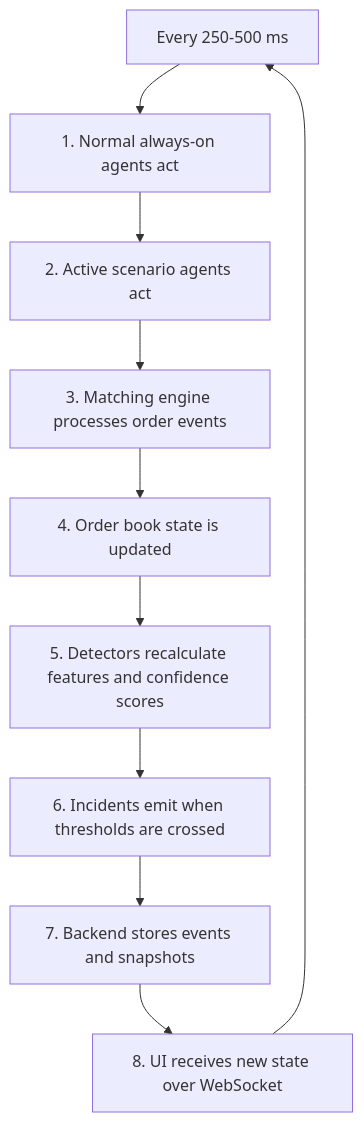
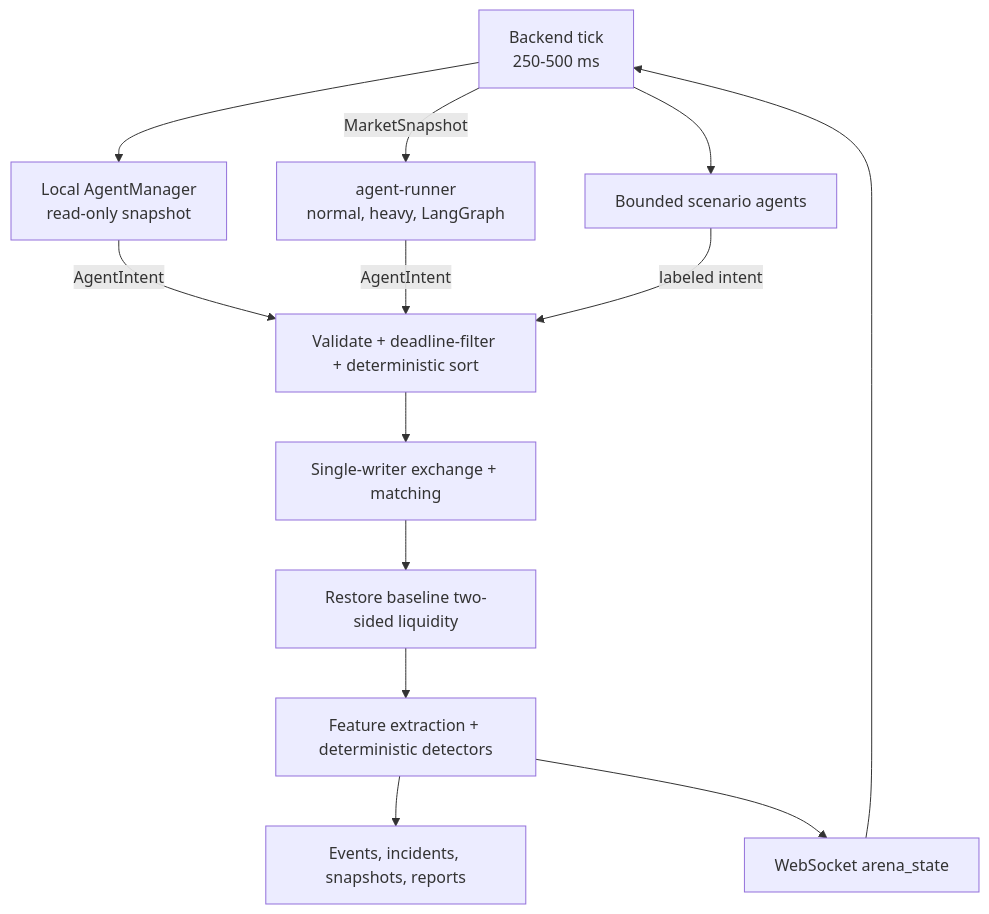
Before and after one commit to khab40/aimada: the diagram in docs/runtime-model.md, drawn with Mermaid. The commit also changed 33 other files, not shown here.

Commit message:
feat: added CI, more tests, fixed docs, ARDs, diagrams, duplicates

````diff
--- a/docs/runtime-model.md
+++ b/docs/runtime-model.md
@@ -9,22 +9,26 @@
 ```mermaid
-graph TD
-    Tick["Every 250-500 ms"]
-    NormalAgents["1. Normal always-on agents act"]
-    ScenarioAgents["2. Active scenario agents act"]
-    Matching["3. Matching engine processes order events"]
-    Book["4. Order book state is updated"]
-    Detectors["5. Detectors recalculate features and confidence scores"]
-    Incidents["6. Incidents emit when thresholds are crossed"]
-    Store["7. Backend stores events and snapshots"]
-    UI["8. UI receives new state over WebSocket"]
+flowchart TD
+    Tick["Backend tick<br/>250-500 ms"]
+    Local["Local AgentManager<br/>read-only snapshot"]
+    Remote["agent-runner<br/>normal, heavy, LangGraph"]
+    Scenario["Bounded scenario agents"]
+    Sort["Validate + deadline-filter + deterministic sort"]
+    Exchange["Single-writer exchange + matching"]
+    Guard["Restore baseline two-sided liquidity"]
+    Detect["Feature extraction + deterministic detectors"]
+    Persist["Events, incidents, snapshots, reports"]
+    UI["WebSocket arena_state"]
 
-    Tick --> NormalAgents
-    NormalAgents --> ScenarioAgents
-    ScenarioAgents --> Matching
-    Matching --> Book
-    Book --> Detectors
-    Detectors --> Incidents
-    Incidents --> Store
-    Store --> UI
+    Tick --> Local
+    Tick -->|"MarketSnapshot"| Remote
+    Tick --> Scenario
+    Local -->|"AgentIntent"| Sort
+    Remote -->|"AgentIntent"| Sort
+    Scenario -->|"labeled intent"| Sort
+    Sort --> Exchange
+    Exchange --> Guard
+    Guard --> Detect
+    Detect --> Persist
+    Detect --> UI
     UI --> Tick
 ```
````
